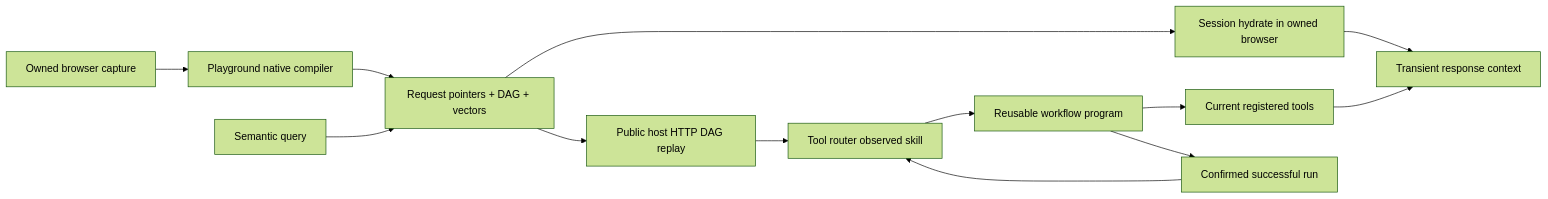
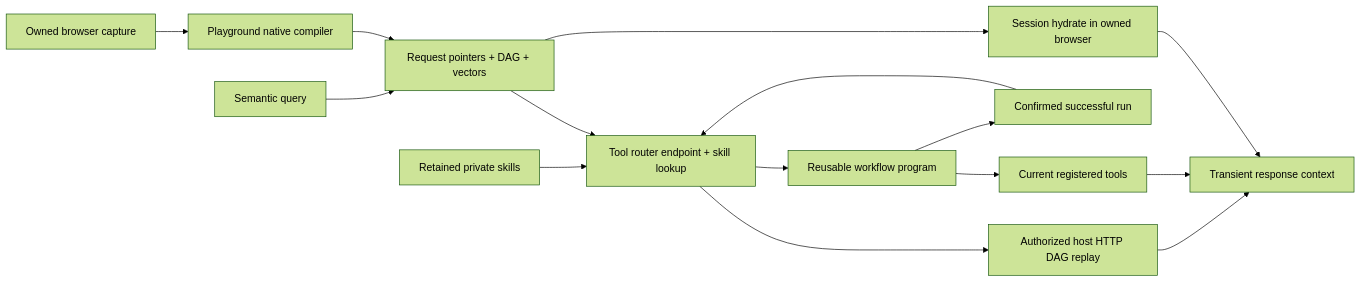
The diagram in docs/request-memory-and-workflows.md (lekt9/aiko), drawn with Mermaid (forest theme) before and after one commit. The commit also changed other lines of this file and 446 other files, not shown here.

````diff
--- a/docs/request-memory-and-workflows.md
+++ b/docs/request-memory-and-workflows.md
@@ -5,15 +7,17 @@
 ```mermaid
 flowchart LR
   Browser[Owned browser capture] --> Compiler[Playground native compiler]
   Compiler --> Memory[Request pointers + DAG + vectors]
   Query[Semantic query] --> Memory
-  Memory --> Host[Public host HTTP DAG replay]
+  Memory --> Router[Tool router endpoint + skill lookup]
+  Skills[Retained private skills] --> Router
+  Router --> Host[Authorized host HTTP DAG replay]
   Memory --> Replay[Session hydrate in owned browser]
-  Host --> Router[Tool router observed skill]
-  Replay --> Context[Transient response context]
+  Host --> Context[Transient response context]
+  Replay --> Context
   Router --> Workflow[Reusable workflow program]
   Workflow --> Tools[Current registered tools]
   Tools --> Context
   Workflow --> Success[Confirmed successful run]
   Success --> Router
 ```
````
